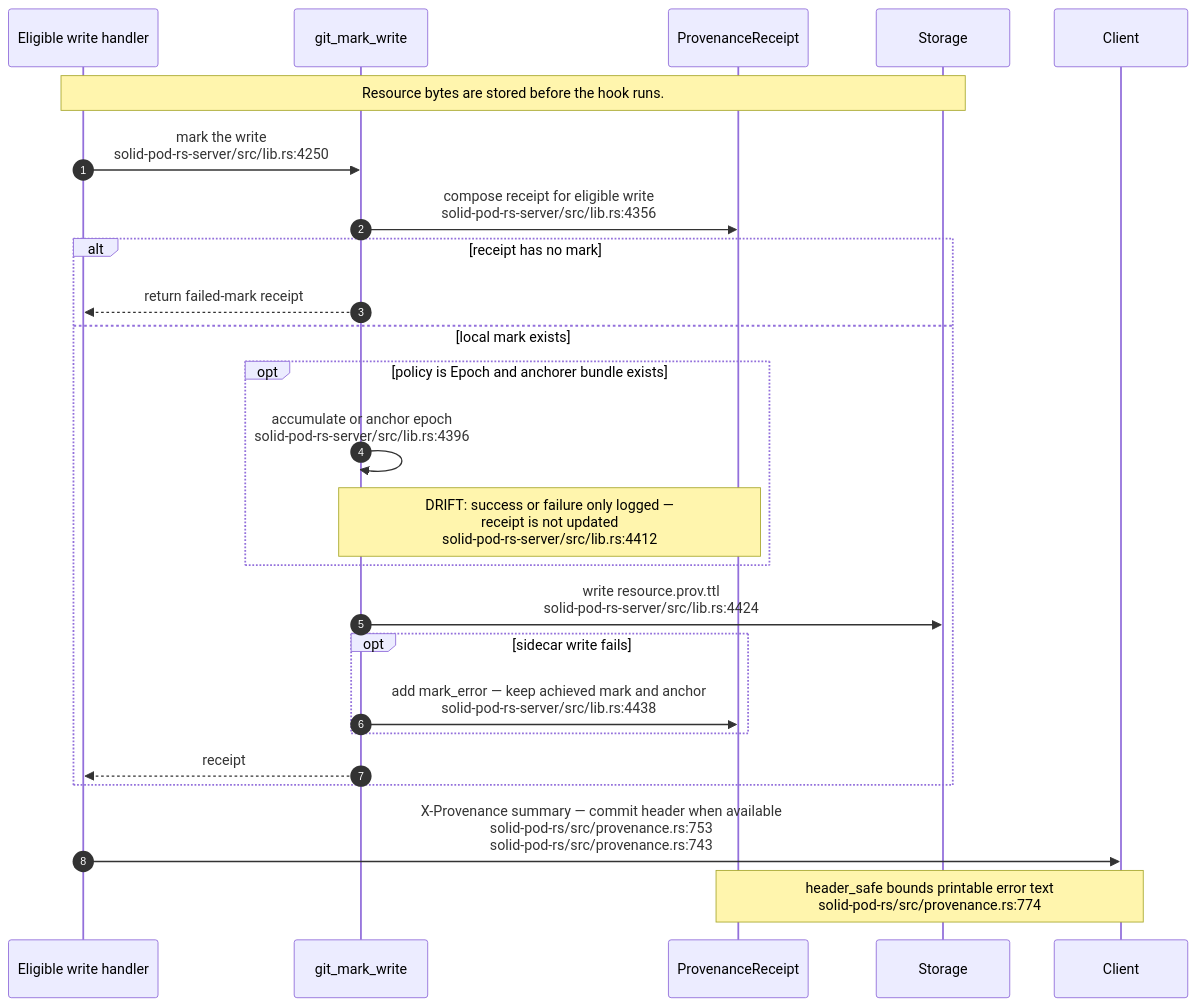
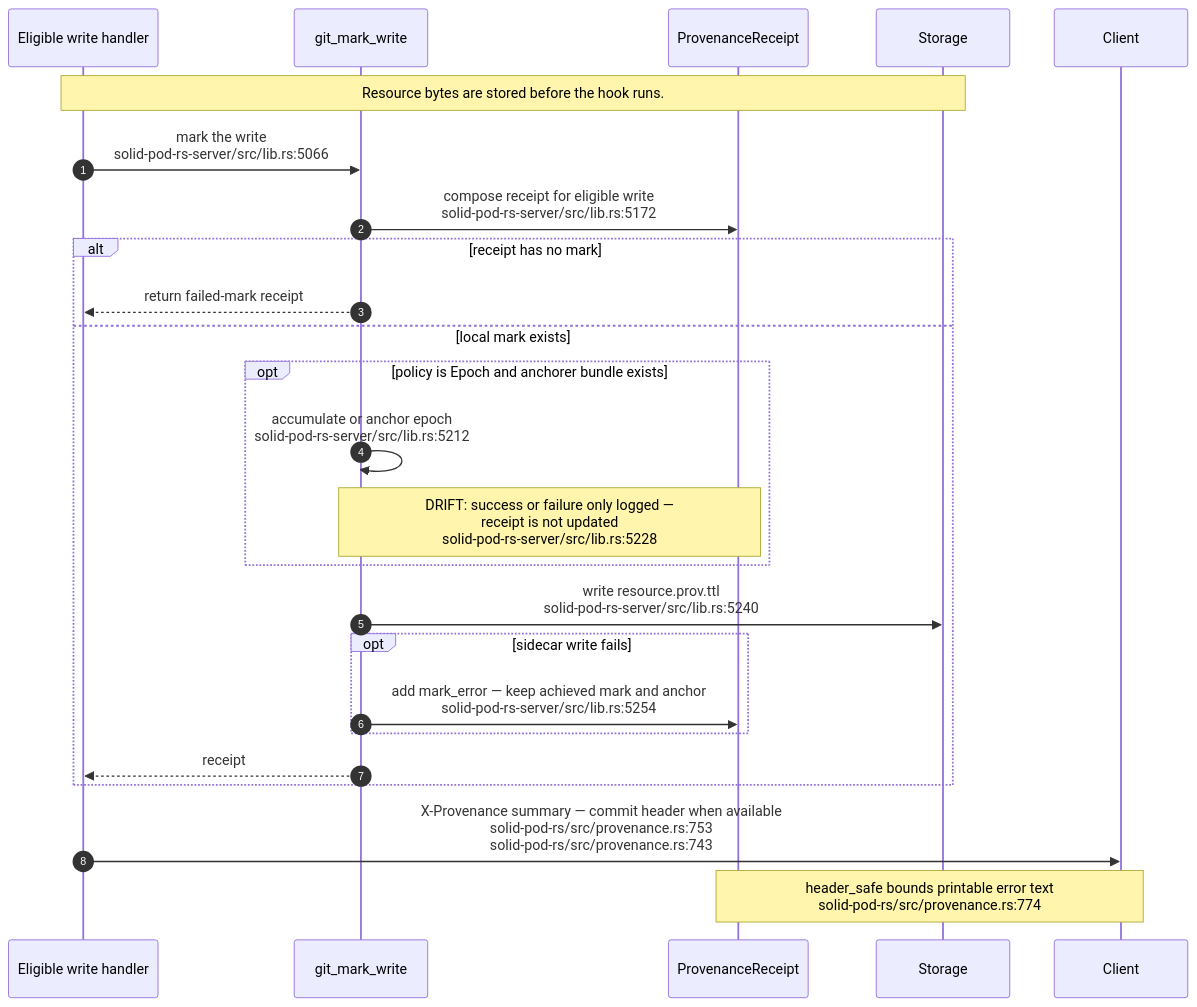
One commit to DreamLab-AI/VisionFlow changed the fifth of 19 diagrams in docs/diagrams/solid-pod-rs/07-provenance-and-payments.md. Above: the diagram before and after it, drawn with Mermaid. The commit also changed other lines of this file and 2 other files, not shown here.

First line of the commit message:
docs(diagrams): SP-07, SP-10, SP-15 re-verified at solid-pod-rs a28a748

````diff
--- a/docs/diagrams/solid-pod-rs/07-provenance-and-payments.md
+++ b/docs/diagrams/solid-pod-rs/07-provenance-and-payments.md
@@ -150,27 +152,27 @@
 ```mermaid
 sequenceDiagram
     autonumber
     participant H as Eligible write handler
     participant G as git_mark_write
     participant R as ProvenanceReceipt
     participant S as Storage
     participant C as Client
     Note over H,S: Resource bytes are stored before the hook runs.
-    H->>G: mark the write<br/>solid-pod-rs-server/src/lib.rs:4250
-    G->>R: compose receipt for eligible write<br/>solid-pod-rs-server/src/lib.rs:4356
+    H->>G: mark the write<br/>solid-pod-rs-server/src/lib.rs:5066
+    G->>R: compose receipt for eligible write<br/>solid-pod-rs-server/src/lib.rs:5172
     alt receipt has no mark
         G-->>H: return failed-mark receipt
     else local mark exists
         opt policy is Epoch and anchorer bundle exists
-            G->>G: accumulate or anchor epoch<br/>solid-pod-rs-server/src/lib.rs:4396
-            Note over G,R: DRIFT: success or failure only logged —<br/>receipt is not updated<br/>solid-pod-rs-server/src/lib.rs:4412
+            G->>G: accumulate or anchor epoch<br/>solid-pod-rs-server/src/lib.rs:5212
+            Note over G,R: DRIFT: success or failure only logged —<br/>receipt is not updated<br/>solid-pod-rs-server/src/lib.rs:5228
         end
-        G->>S: write resource.prov.ttl<br/>solid-pod-rs-server/src/lib.rs:4424
+        G->>S: write resource.prov.ttl<br/>solid-pod-rs-server/src/lib.rs:5240
         opt sidecar write fails
-            G->>R: add mark_error — keep achieved mark and anchor<br/>solid-pod-rs-server/src/lib.rs:4438
+            G->>R: add mark_error — keep achieved mark and anchor<br/>solid-pod-rs-server/src/lib.rs:5254
         end
         G-->>H: receipt
     end
     H->>C: X-Provenance summary — commit header when available<br/>solid-pod-rs/src/provenance.rs:753<br/>solid-pod-rs/src/provenance.rs:743
     Note over R,C: header_safe bounds printable error text<br/>solid-pod-rs/src/provenance.rs:774
 ```
````
